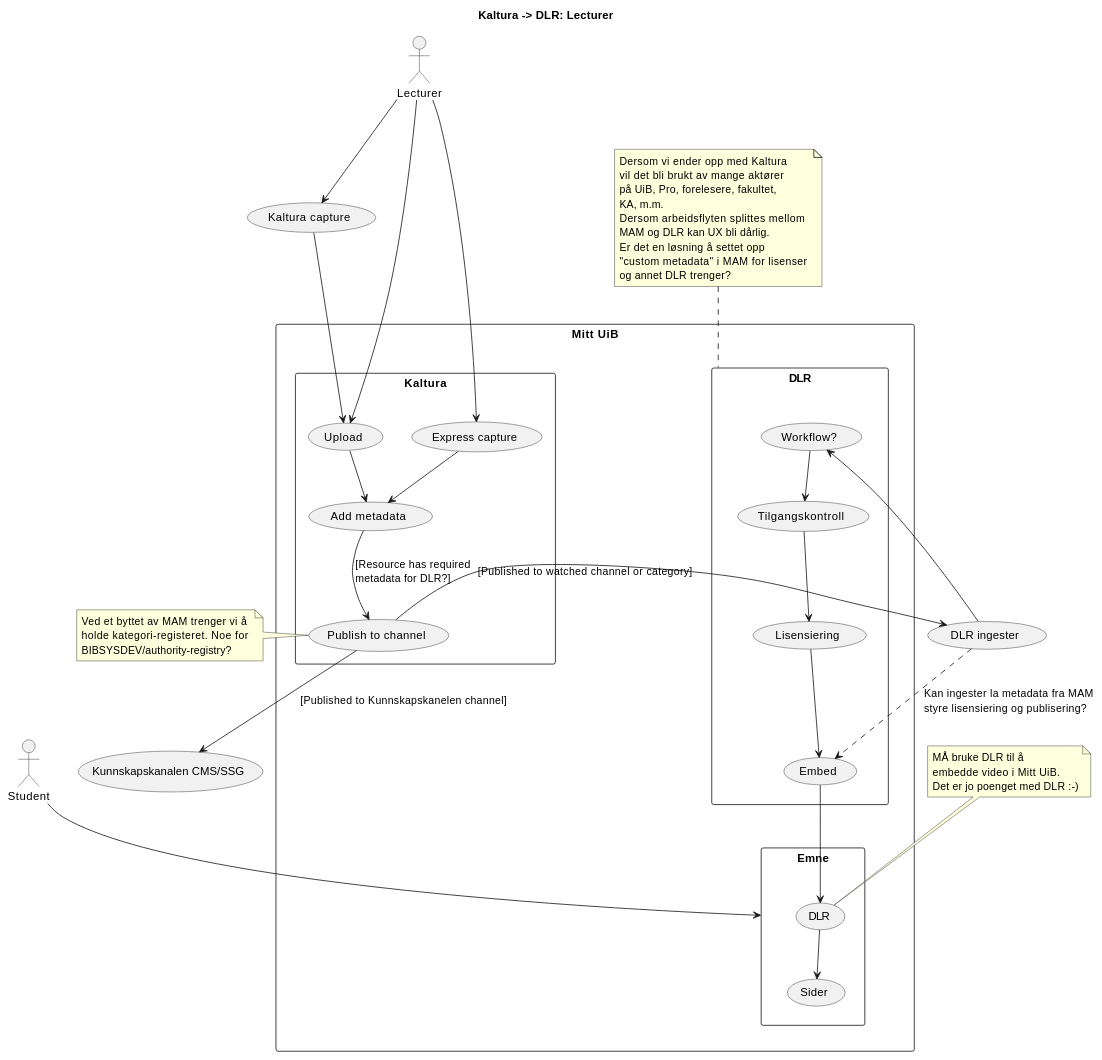
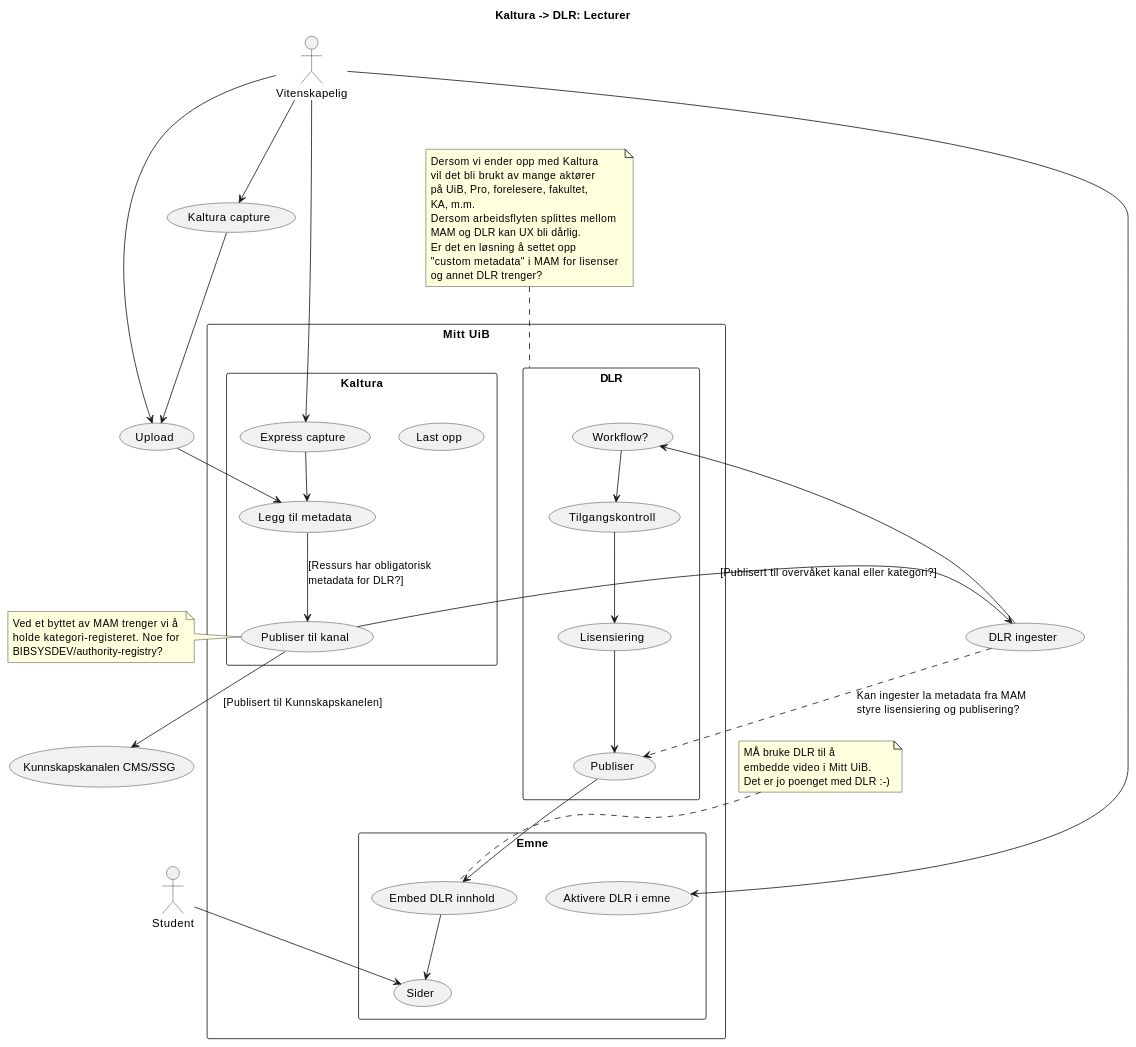
Before and after one commit to tarjelavik/mam-dlr-architecture: the diagram in src/docs/academic.md, drawn with PlantUML.

Commit message:
Klargjør DRL arbeidsflyt

````diff
--- a/src/docs/academic.md
+++ b/src/docs/academic.md
@@ -6,75 +6,78 @@
 ```plantuml 
 @startuml
 
 title Kaltura -> DLR: Lecturer
 
 rectangle "Mitt UiB" as mittuib {
     rectangle Kaltura {
-        (Upload)
+        (Last opp)
         (Express capture) 
-        (Add metadata) as metadata
-        (Publish to channel) as channel
+        (Legg til metadata) as metadata
+        (Publiser til kanal) as channel
     }
 
     rectangle DLR {
         (Tilgangskontroll) as access
         (Lisensiering) as license
-        (Embed) as embed
+        (Publiser) as publish
         (Workflow?) as wf
     }
     rectangle Emne {
+        (Aktivere DLR i emne) as activate
         (Sider) as sider
-        (DLR) as ltidlr
+        (Embed DLR innhold) as ltidlr
     }
 }
 
-:Lecturer: 
-:Student: 
+:Vitenskapelig: as Lecturer
+:Student: as Student
 
 Lecturer --> (Upload)
 Lecturer --> (Kaltura capture)
 Lecturer --> (Express capture) 
 (Kaltura capture) --> (Upload)
 (Upload) --> metadata
 (Express capture) --> metadata
-metadata --> channel : "[Resource has required\lmetadata for DLR?]"
+metadata --> channel : "[Ressurs har obligatorisk \lmetadata for DLR?]"
 
-channel --> (DLR ingester) : "[Published to watched channel or category]"
-channel --> (Kunnskapskanalen CMS/SSG) : "[Published to Kunnskapskanelen channel]"
+channel --> (DLR ingester) : "[Publisert til overvåket kanal eller kategori?]"
+channel --> (Kunnskapskanalen CMS/SSG) : "[Publisert til Kunnskapskanelen]"
 (DLR ingester) --> wf
-(DLR ingester) ..> embed : "Kan ingester la metadata fra MAM\lstyre lisensiering og publisering?"
-embed --> ltidlr
+(DLR ingester) ..> publish : "Kan ingester la metadata fra MAM\lstyre lisensiering og publisering?"
+publish --> ltidlr
+
+Lecturer --> activate
 
 note top of ltidlr
     MÅ bruke DLR til å
     embedde video i Mitt UiB.
     Det er jo poenget med DLR :-)
 end note
 
 wf --> access
 access --> license
-license --> embed
+license --> publish
 
 ltidlr --> sider
 
-:Student: --> Emne
+Student --> sider
 
 note top of DLR 
     Dersom vi ender opp med Kaltura
     vil det bli brukt av mange aktører
     på UiB, Pro, forelesere, fakultet,
     KA, m.m.
     Dersom arbeidsflyten splittes mellom
     MAM og DLR kan UX bli dårlig.
     Er det en løsning å settet opp 
     "custom metadata" i MAM for lisenser 
     og annet DLR trenger?
 end note
 
 note left of channel
     Ved et byttet av MAM trenger vi å
     holde kategori-registeret. Noe for 
     BIBSYSDEV/authority-registry?
 end note
 @enduml
 ```
````
